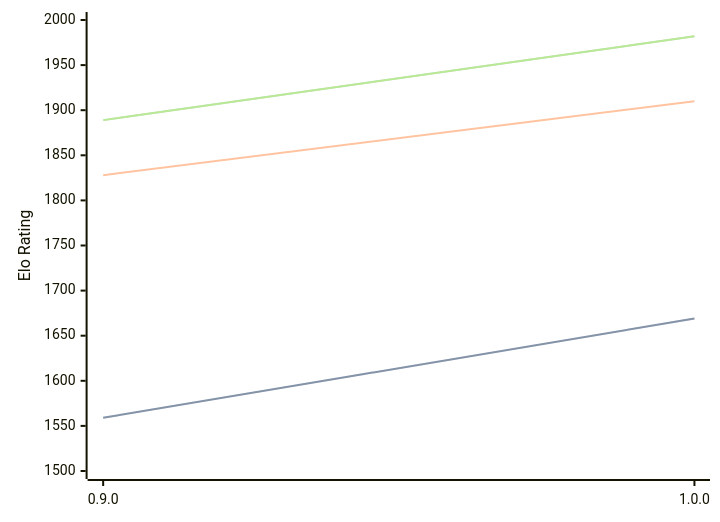
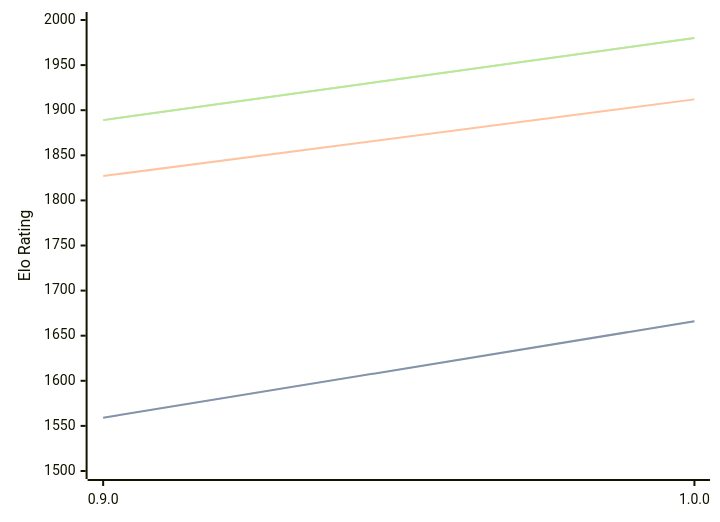
The diagram in engines/Ratsu.md (computer-chess-index/cci), drawn with Mermaid before and after one commit. The commit also changed other lines of this file, not shown here.

Commit message:
Update CCI Ratings (ELO VLTC) - 2026-04-21

````diff
--- a/engines/Ratsu.md
+++ b/engines/Ratsu.md
@@ -32,11 +32,11 @@
 ```mermaid
 %%{init: {"theme":"base","themeVariables":{"seriesColors:['#a3a3a3','#222221','#faa371']}}}%%
 xychart-beta
   x-axis ["0.9.0", "1.0.0"]
   y-axis "Elo Rating" 1500 --> 2000
-  line "STC (8.0+0.08s)" [1559, 1669]
-  line "STC (8.0+0.08s)" [1559, 1669]
-  line "LTC (60.0+0.60s)" [1828, 1910]
-  line "VLTC (2m24s+1.12s)" [1889, 1982]
-  line "VLTC (2m24s+1.12s)" [1889, 1982]
+  line "STC (8.0+0.08s)" [1559, 1666]
+  line "STC (8.0+0.08s)" [1559, 1666]
+  line "LTC (60.0+0.60s)" [1827, 1912]
+  line "VLTC (2m24s+1.12s)" [1889, 1980]
+  line "VLTC (2m24s+1.12s)" [1889, 1980]
 ```
````
